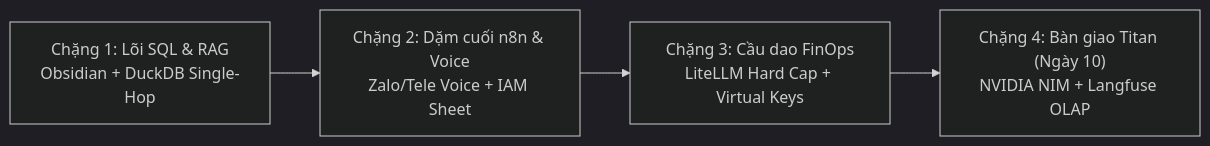
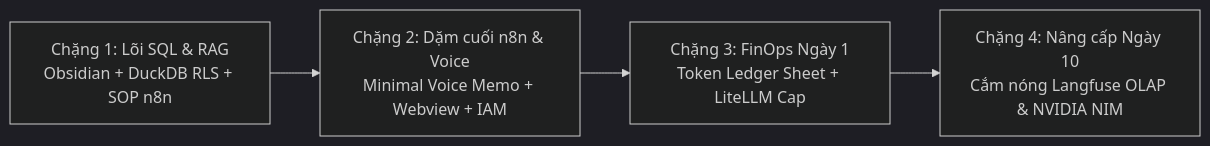
Before and after one commit to next0258456/Yggdrasil: the diagram in deploy/ai-platform/03-y7l-native/ROADMAP.md, drawn with Mermaid (dark theme). The commit also changed other lines of this file and 45 other files, not shown here.

````diff
--- a/deploy/ai-platform/03-y7l-native/ROADMAP.md
+++ b/deploy/ai-platform/03-y7l-native/ROADMAP.md
@@ -11,6 +10,6 @@
 ```mermaid
 flowchart LR
-    M1["Chặng 1: Lõi SQL & RAG<br/>Obsidian + DuckDB Single-Hop"] --> M2["Chặng 2: Dặm cuối n8n & Voice<br/>Zalo/Tele Voice + IAM Sheet"]
-    M2 --> M3["Chặng 3: Cầu dao FinOps<br/>LiteLLM Hard Cap + Virtual Keys"]
-    M3 --> M4["Chặng 4: Bàn giao Titan (Ngày 10)<br/>NVIDIA NIM + Langfuse OLAP"]
+    M1["Chặng 1: Lõi SQL & RAG<br/>Obsidian + DuckDB RLS + SOP n8n"] --> M2["Chặng 2: Dặm cuối n8n & Voice<br/>Minimal Voice Memo + Webview + IAM"]
+    M2 --> M3["Chặng 3: FinOps Ngày 1<br/>Token Ledger Sheet + LiteLLM Cap"]
+    M3 --> M4["Chặng 4: Nâng cấp Ngày 10<br/>Cắm nóng Langfuse OLAP & NVIDIA NIM"]
 ```
````
